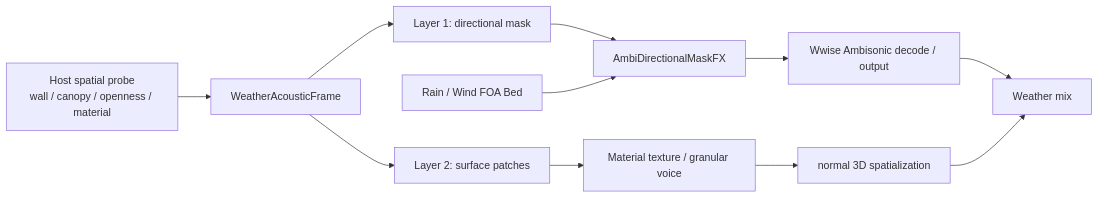
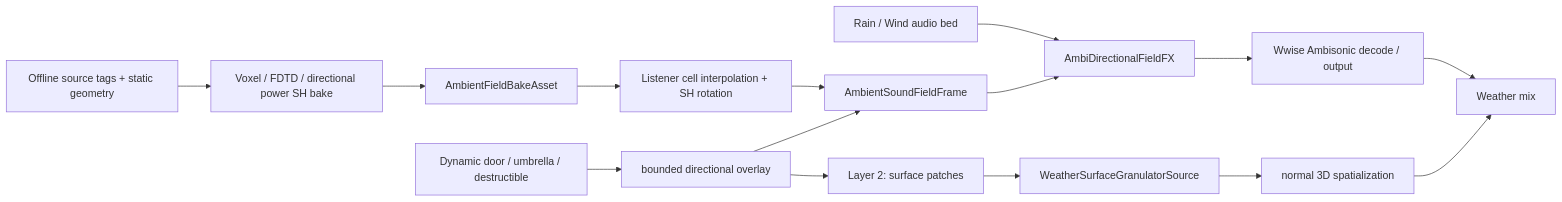
The diagram in docs/V0_4_LISTENER_CENTERED_FOA_PLAN.md (sixsixla/WwisePlugin_RealWorldWeatherSound), drawn with Mermaid before and after one commit. The commit also changed other lines of this file and 4 other files, not shown here.

````diff
--- a/docs/V0_4_LISTENER_CENTERED_FOA_PLAN.md
+++ b/docs/V0_4_LISTENER_CENTERED_FOA_PLAN.md
@@ -17,13 +27,17 @@
 ```mermaid
 flowchart LR
-    A["Host spatial probe\nwall / canopy / openness / material"] --> B["WeatherAcousticFrame"]
-    B --> C["Layer 1: directional mask"]
-    C --> D["AmbiDirectionalMaskFX"]
-    E["Rain / Wind FOA Bed"] --> D
-    D --> F["Wwise Ambisonic decode / output"]
-    B --> G["Layer 2: surface patches"]
-    G --> H["Material texture / granular voice"]
-    H --> I["normal 3D spatialization"]
-    F --> J["Weather mix"]
-    I --> J
+    A["Offline source tags + static geometry"] --> B["Voxel / FDTD / directional power SH bake"]
+    B --> C["AmbientFieldBakeAsset"]
+    C --> D["Listener cell interpolation + SH rotation"]
+    E["Dynamic door / umbrella / destructible"] --> F["bounded directional overlay"]
+    D --> G["AmbientSoundFieldFrame"]
+    F --> G
+    H["Rain / Wind audio bed"] --> I["AmbiDirectionalFieldFX"]
+    G --> I
+    I --> J["Wwise Ambisonic decode / output"]
+    F --> K["Layer 2: surface patches"]
+    K --> L["WeatherSurfaceGranulatorSource"]
+    L --> M["normal 3D spatialization"]
+    J --> N["Weather mix"]
+    M --> N
 ```
````
